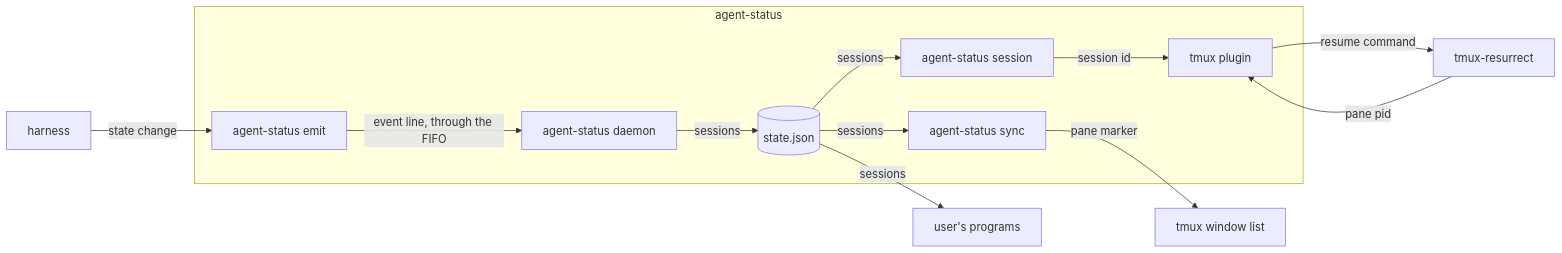
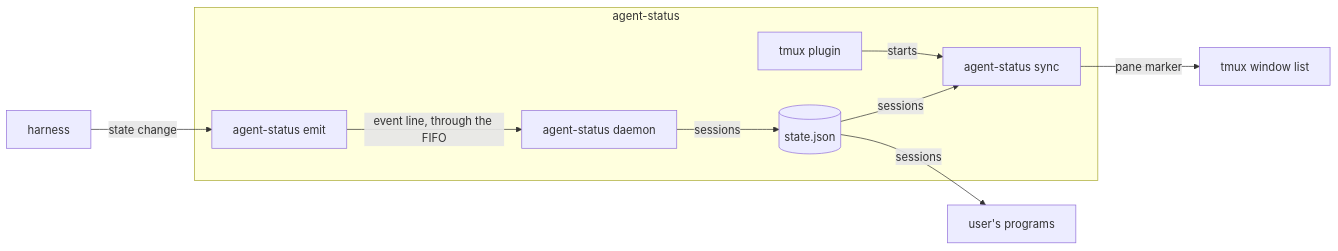
The first of 2 diagrams in docs/systems/agent-status/agent-status-spec.md (jvrsantacruz/agent-status), drawn with Mermaid before and after one commit. The commit also changed other lines of this file and 3 other files, not shown here.

````diff
--- a/docs/systems/agent-status/agent-status-spec.md
+++ b/docs/systems/agent-status/agent-status-spec.md
@@ -17,15 +17,12 @@
 ```mermaid
 flowchart LR
   agent[harness] -- state change --> emit
   subgraph agent-status
     emit[agent-status emit] -- event line, through the FIFO --> daemon[agent-status daemon]
     daemon -- sessions --> state[(state.json)]
     state -- sessions --> sync[agent-status sync]
-    state -- sessions --> session[agent-status session]
-    session -- session id --> plugin[tmux plugin]
+    plugin[tmux plugin] -- starts --> sync
   end
   sync -- pane marker --> tmux[tmux window list]
   state -- sessions --> reader[user's programs]
-  resurrect[tmux-resurrect] -- pane pid --> plugin
-  plugin -- resume command --> resurrect
 ```
````
